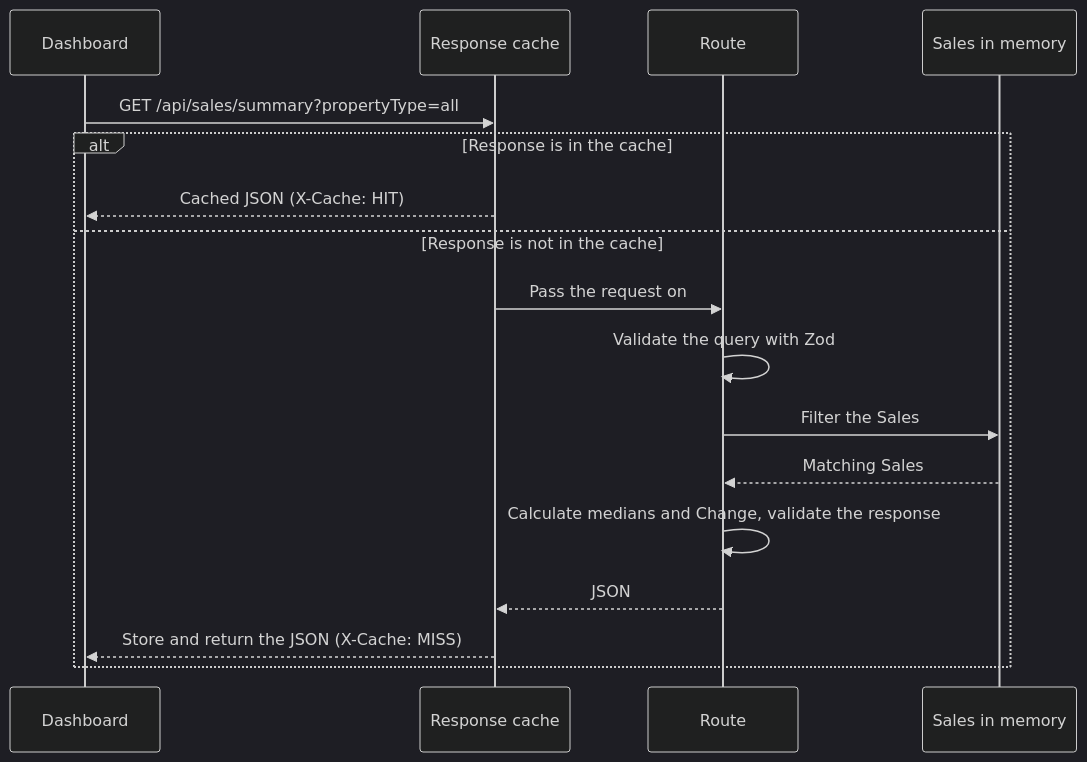
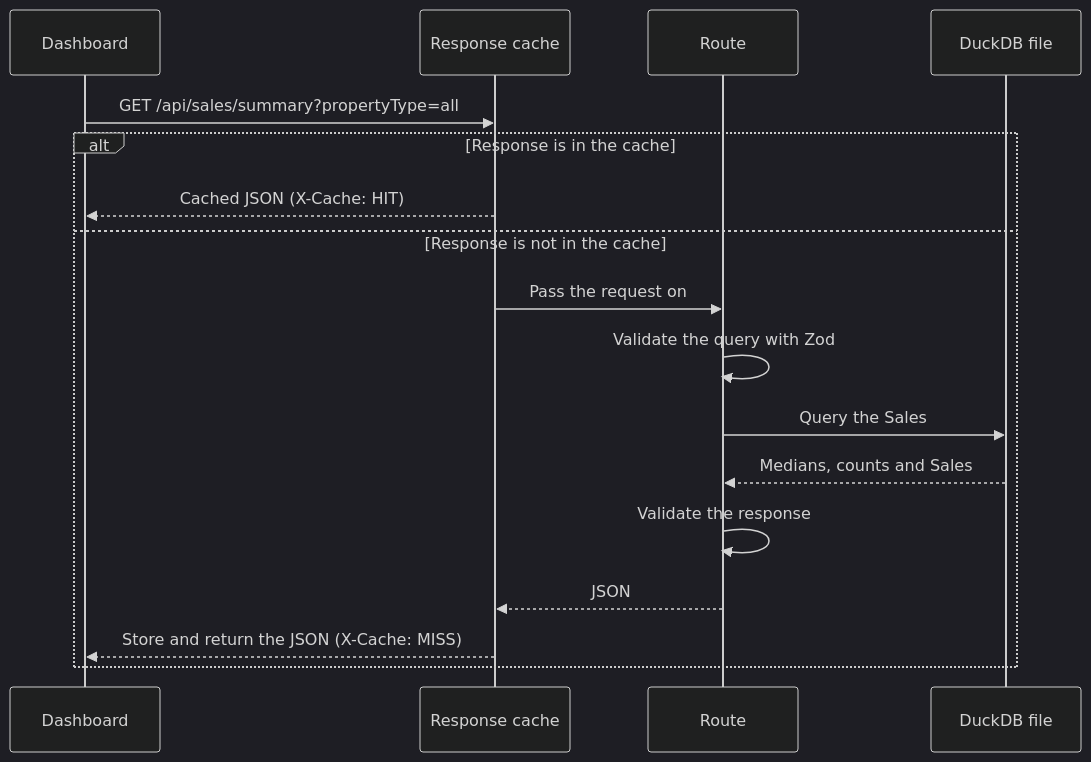
Before and after one commit to palsagar/paris-property-sales: the second of 2 diagrams in docs/architecture.md, drawn with Mermaid (dark theme). The commit also changed other lines of this file and 29 other files, not shown here.

First line of the commit message:
Move the Sales data to DuckDB, with the same figures for Paris (#6)

````diff
--- a/docs/architecture.md
+++ b/docs/architecture.md
@@ -50,19 +51,19 @@
 ```mermaid
 sequenceDiagram
   participant B as Dashboard
   participant C as Response cache
   participant R as Route
-  participant D as Sales in memory
+  participant D as DuckDB file
   B->>C: GET /api/sales/summary?propertyType=all
   alt Response is in the cache
     C-->>B: Cached JSON (X-Cache: HIT)
   else Response is not in the cache
     C->>R: Pass the request on
     R->>R: Validate the query with Zod
-    R->>D: Filter the Sales
-    D-->>R: Matching Sales
-    R->>R: Calculate medians and Change, validate the response
+    R->>D: Query the Sales
+    D-->>R: Medians, counts and Sales
+    R->>R: Validate the response
     R-->>C: JSON
     C-->>B: Store and return the JSON (X-Cache: MISS)
   end
 ```
````
